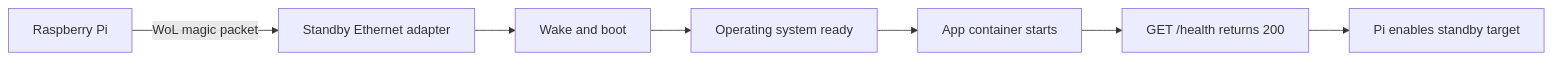
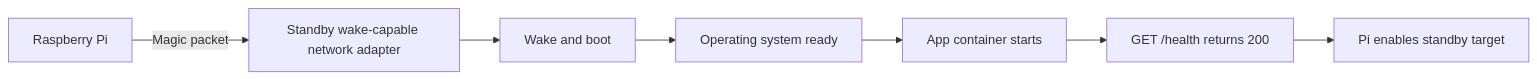
The fifth of 5 diagrams in docs/idea.md (samarthsinh2660/Smart-Server-Monitoring), drawn with Mermaid before and after one commit. The commit also changed other lines of this file and 18 other files, not shown here.

````diff
--- a/docs/idea.md
+++ b/docs/idea.md
@@ -297,9 +297,9 @@
 ```mermaid
 flowchart LR
-    Pi[Raspberry Pi] -->|WoL magic packet| NIC[Standby Ethernet adapter]
+    Pi[Raspberry Pi] -->|Magic packet| NIC[Standby wake-capable network adapter]
     NIC --> Boot[Wake and boot]
     Boot --> OS[Operating system ready]
     OS --> Docker[App container starts]
     Docker --> Health[GET /health returns 200]
     Health --> Route[Pi enables standby target]
 ```
````
